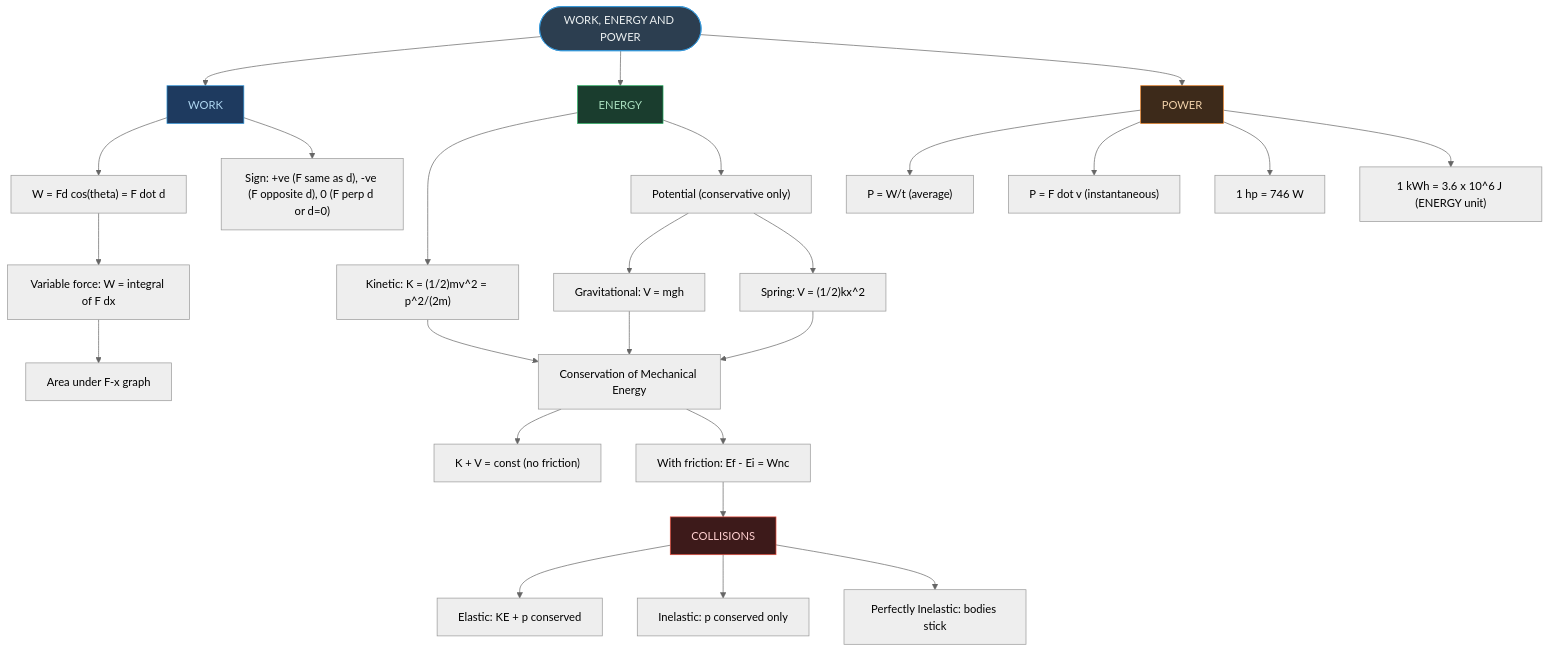
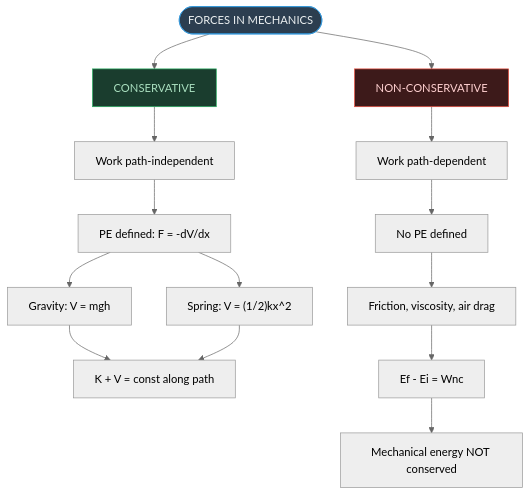
The fourth of 8 diagrams in AI-NOTES/PHYSICS/PHYSICS05-WORK_ENERGY_AND_POWER/PHYSICS05-WORK_ENERGY_AND_POWER-CNOTES.md (fsr-science/NCERT-Science), drawn with Mermaid (neutral theme) before and after one commit. The commit also changed other lines of this file and 3 other files, not shown here.

````diff
--- a/AI-NOTES/PHYSICS/PHYSICS05-WORK_ENERGY_AND_POWER/PHYSICS05-WORK_ENERGY_AND_POWER-CNOTES.md
+++ b/AI-NOTES/PHYSICS/PHYSICS05-WORK_ENERGY_AND_POWER/PHYSICS05-WORK_ENERGY_AND_POWER-CNOTES.md
@@ -215,38 +193,23 @@
 ```mermaid
 flowchart TD
-    ROOT(["WORK, ENERGY AND POWER"])
+    ROOT(["FORCES IN MECHANICS"])
+    ROOT --> CON["CONSERVATIVE"]
+    ROOT --> NCON["NON-CONSERVATIVE"]
 
-    ROOT --> W["WORK"]
-    W --> W1["W = Fd cos(theta) = F dot d"]
-    W1 --> W2["Variable force: W = integral of F dx"]
-    W2 --> W3["Area under F-x graph"]
-    W --> W4["Sign: +ve (F same as d), -ve (F opposite d), 0 (F perp d or d=0)"]
+    CON --> CON1["Work path-independent"]
+    CON1 --> CON2["PE defined: F = -dV/dx"]
+    CON2 --> CON3["Gravity: V = mgh"]
+    CON2 --> CON4["Spring: V = (1/2)kx^2"]
+    CON3 --> CON5["K + V = const along path"]
+    CON4 --> CON5
 
-    ROOT --> E["ENERGY"]
-    E --> E1["Kinetic: K = (1/2)mv^2 = p^2/(2m)"]
-    E --> E2["Potential (conservative only)"]
-    E2 --> E3["Gravitational: V = mgh"]
-    E2 --> E4["Spring: V = (1/2)kx^2"]
-    E1 --> E5["Conservation of Mechanical Energy"]
-    E3 --> E5
-    E4 --> E5
-    E5 --> E6["K + V = const (no friction)"]
-    E5 --> E7["With friction: Ef - Ei = Wnc"]
-
-    ROOT --> P["POWER"]
-    P --> P1["P = W/t (average)"]
-    P --> P2["P = F dot v (instantaneous)"]
-    P --> P3["1 hp = 746 W"]
-    P --> P4["1 kWh = 3.6 x 10^6 J (ENERGY unit)"]
-
-    E7 --> COL["COLLISIONS"]
-    COL --> COL1["Elastic: KE + p conserved"]
-    COL --> COL2["Inelastic: p conserved only"]
-    COL --> COL3["Perfectly Inelastic: bodies stick"]
+    NCON --> NCON1["Work path-dependent"]
+    NCON1 --> NCON2["No PE defined"]
+    NCON2 --> NCON3["Friction, viscosity, air drag"]
+    NCON3 --> NCON4["Ef - Ei = Wnc"]
+    NCON4 --> NCON5["Mechanical energy NOT conserved"]
 
     style ROOT fill:#2c3e50,color:#ecf0f1,stroke:#3498db
-    style W fill:#1e3a5f,color:#aed6f1,stroke:#3498db
-    style E fill:#1a3d2e,color:#a9dfbf,stroke:#27ae60
-    style P fill:#3d2a1a,color:#f0d0a8,stroke:#e67e22
-    style COL fill:#3d1a1a,color:#ffd0d0,stroke:#e74c3c
+    style CON fill:#1a3d2e,color:#a9dfbf,stroke:#27ae60
+    style NCON fill:#3d1a1a,color:#ffd0d0,stroke:#e74c3c
 ```
````
